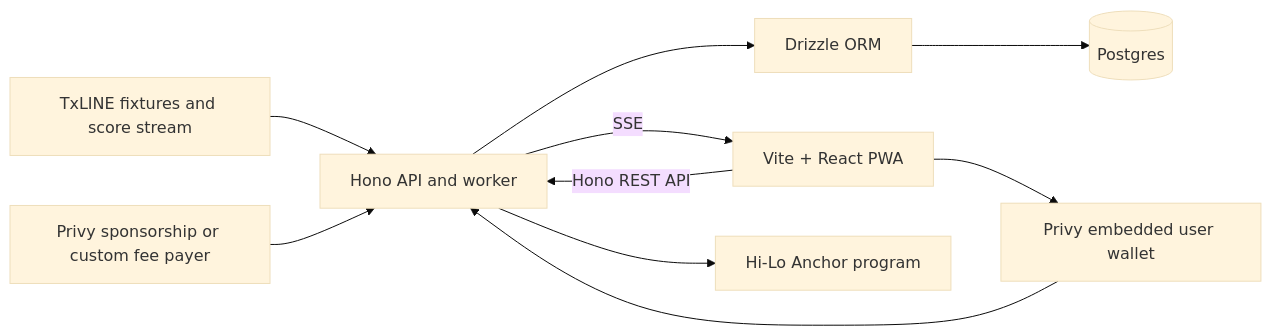
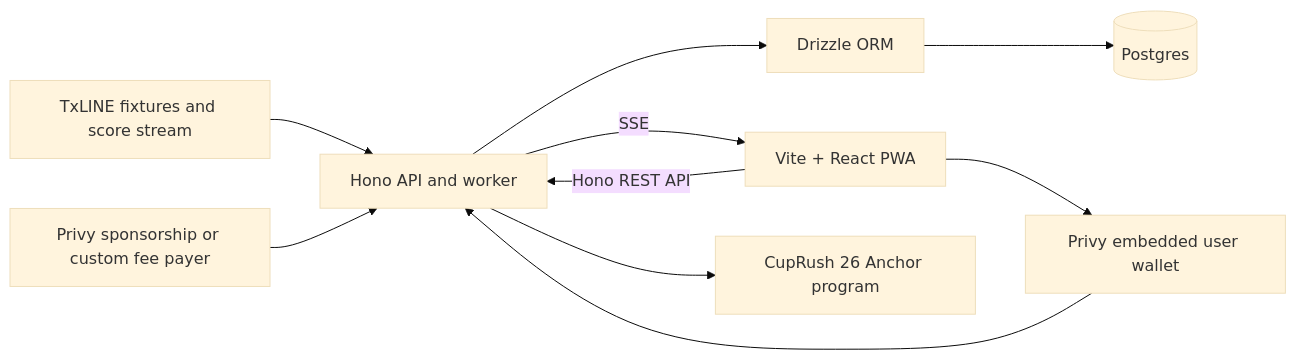
One commit to ical10/cuprush-26 changed the diagram in worldcup-hilo-hackathon-research.md. Above: the diagram before and after it, drawn with Mermaid (base theme). The commit also changed other lines of this file and 41 other files, not shown here.

First line of the commit message:
feat: rebrand to CupRush 26, apply brand toolkit, add Railway CI/CD

````diff
--- a/worldcup-hilo-hackathon-research.md
+++ b/worldcup-hilo-hackathon-research.md
@@ -307,11 +307,11 @@
 ```mermaid
 flowchart LR
     TX["TxLINE fixtures and score stream"] --> S["Hono API and worker"]
     S --> ORM["Drizzle ORM"] --> DB[(Postgres)]
     S -->|SSE| UI["Vite + React PWA"]
     UI -->|Hono REST API| S
     UI --> W["Privy embedded user wallet"]
     W --> S
     FP["Privy sponsorship or custom fee payer"] --> S
-    S --> P["Hi-Lo Anchor program"]
+    S --> P["CupRush 26 Anchor program"]
 ```
````
